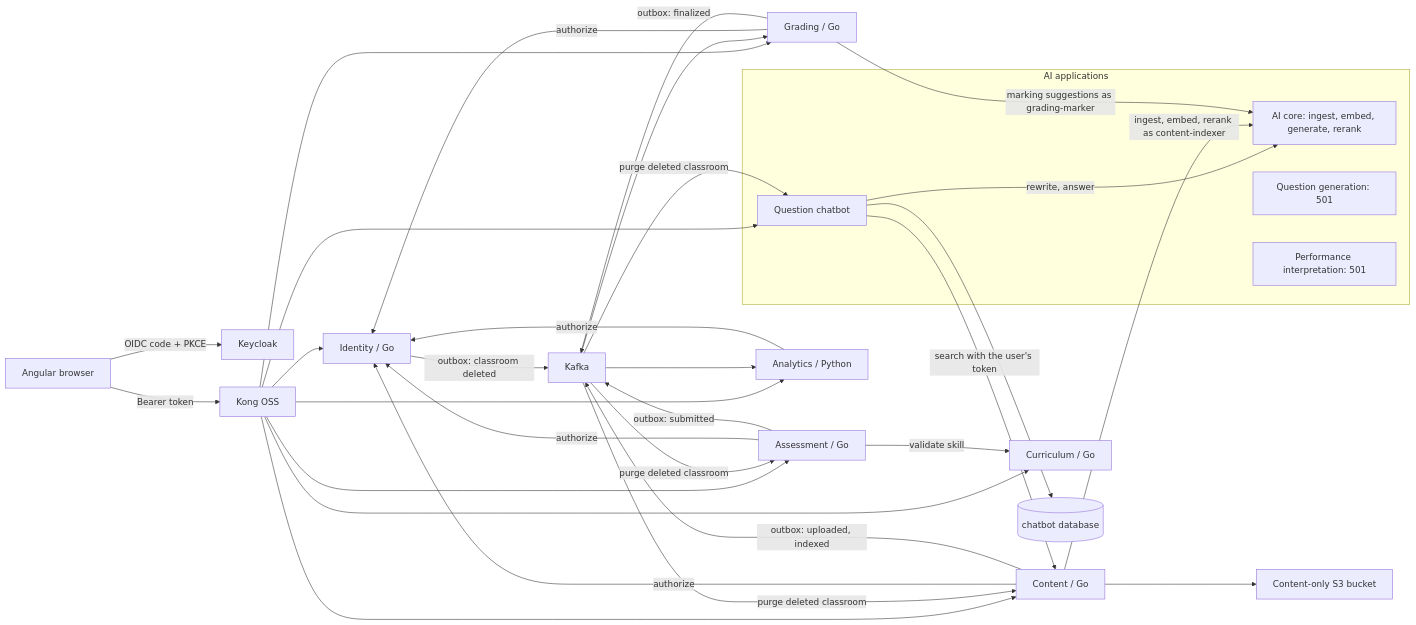
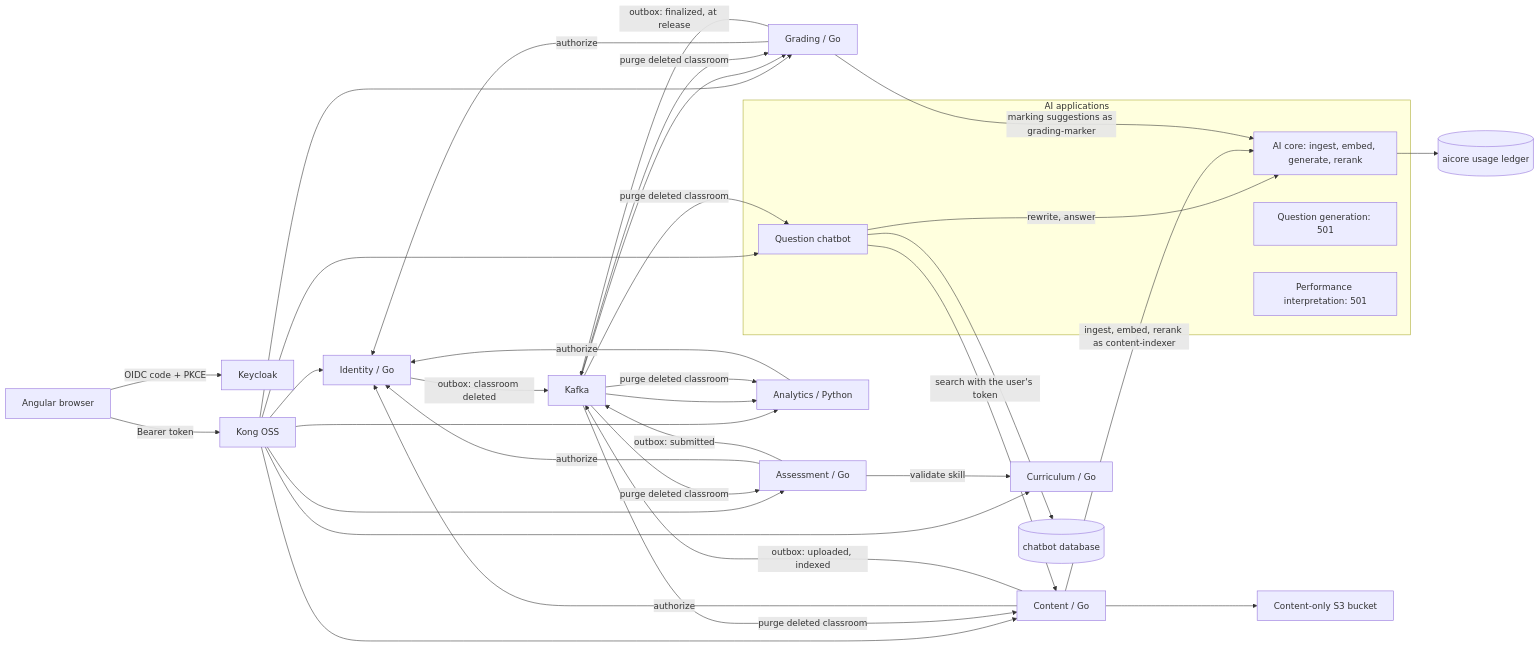
The first of 2 diagrams in docs/architecture/system.md (Naren3333/FSD_2026), drawn with Mermaid before and after one commit. The commit also changed other lines of this file and 155 other files, not shown here.

````diff
--- a/docs/architecture/system.md
+++ b/docs/architecture/system.md
@@ -3,38 +3,41 @@
 ```mermaid
 flowchart LR
   Browser[Angular browser] -->|OIDC code + PKCE| Keycloak
   Browser -->|Bearer token| Kong[Kong OSS]
   Kong --> Identity[Identity / Go]
   Kong --> Curriculum[Curriculum / Go]
   Kong --> Content[Content / Go]
   Kong --> Assessment[Assessment / Go]
   Kong --> Grading[Grading / Go]
   Kong --> Analytics[Analytics / Python]
   Kong --> QC
   QC -->|search with the user's token| Content
   QC -->|rewrite, answer| AI
   QC --> ChatDB[(chatbot database)]
   Content --> S3[Content-only S3 bucket]
   Content -->|authorize| Identity
   Assessment -->|authorize| Identity
   Assessment -->|validate skill| Curriculum
   Grading -->|authorize| Identity
   Analytics -->|authorize| Identity
   Assessment -->|outbox: submitted| Kafka
   Kafka --> Grading
-  Grading -->|outbox: finalized| Kafka
+  Grading -->|outbox: finalized, at release| Kafka
   Kafka --> Analytics
   Content -->|outbox: uploaded, indexed| Kafka
   Identity -->|outbox: classroom deleted| Kafka
   Kafka -->|purge deleted classroom| Content
   Kafka -->|purge deleted classroom| Assessment
+  Kafka -->|purge deleted classroom| Grading
+  Kafka -->|purge deleted classroom| Analytics
   Kafka -->|purge deleted classroom| QC
+  AI --> AIDB[(aicore usage ledger)]
   Content -->|ingest, embed, rerank as content-indexer| AI
   Grading -->|marking suggestions as grading-marker| AI
   subgraph AI applications
     AI[AI core: ingest, embed, generate, rerank]
     QG[Question generation: 501]
     SP[Performance interpretation: 501]
     QC[Question chatbot]
   end
 ```
````
